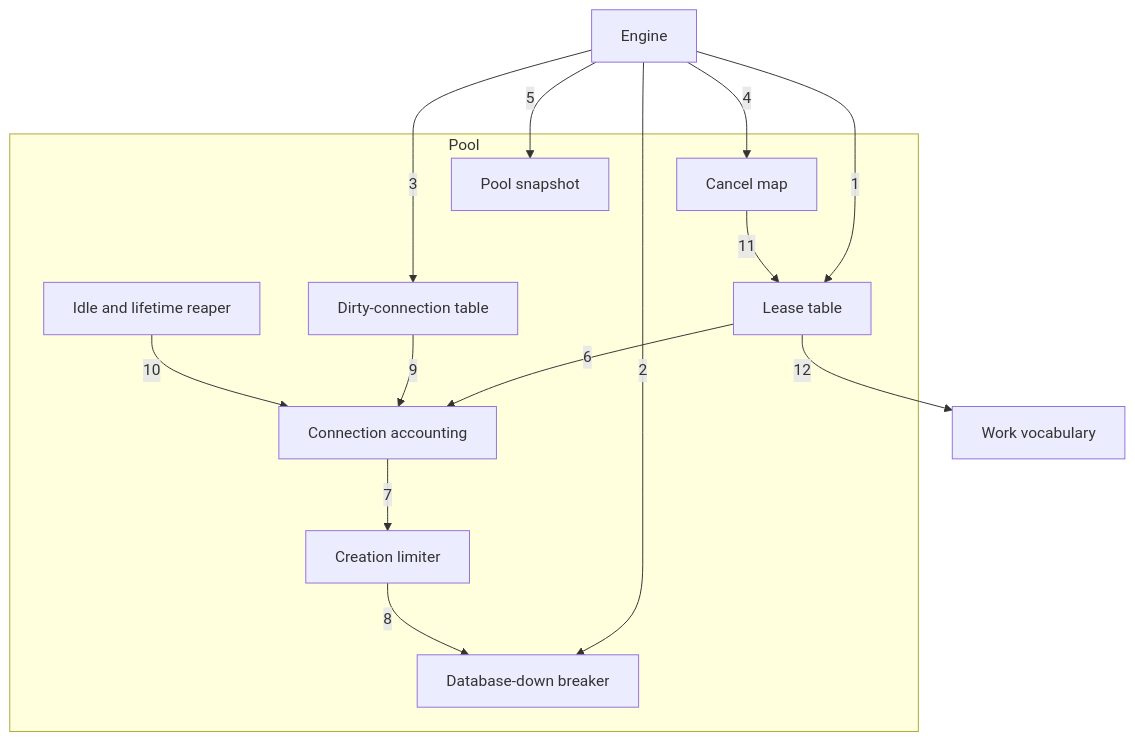
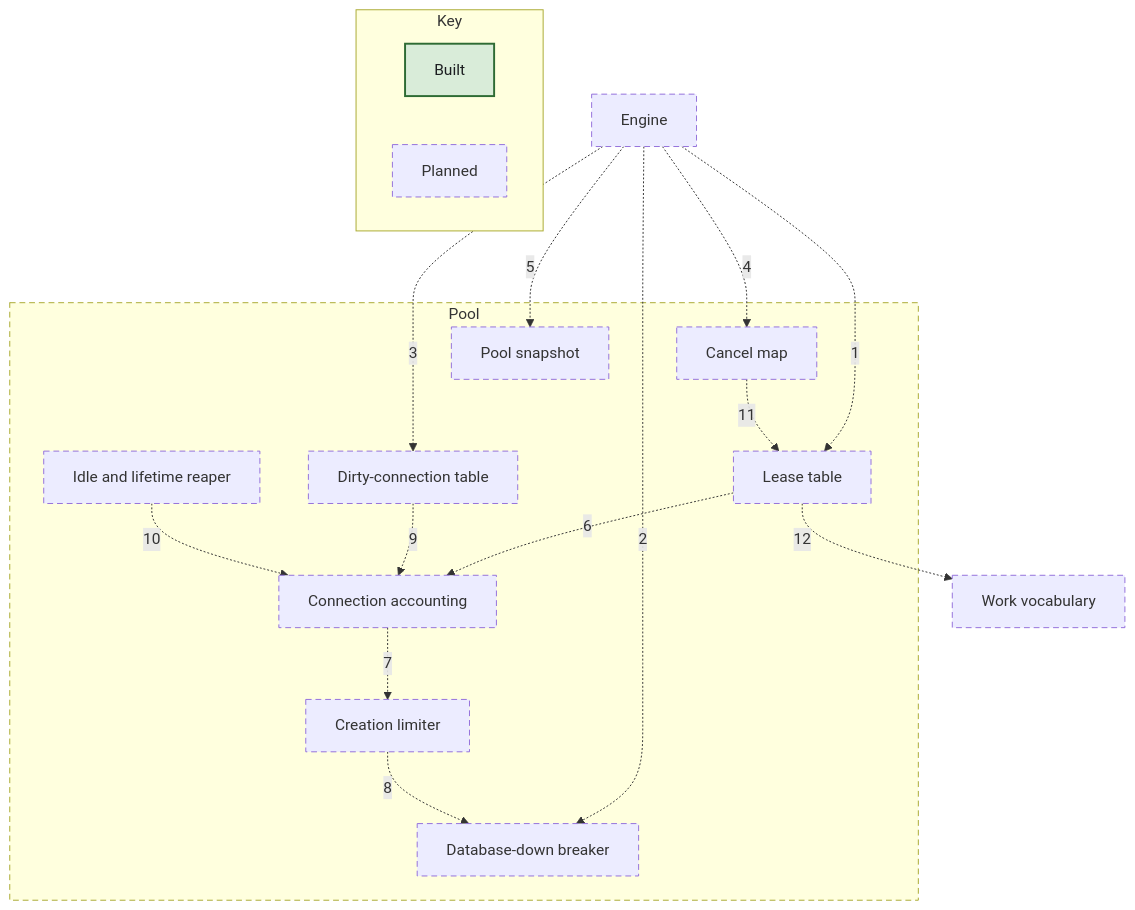
The diagram in docs/c4/diagrams/08-component-pool.mmd (nickstrad/mini-gateway), drawn with Mermaid before and after one commit. The commit also changed 28 other files, not shown here.

First line of the commit message:
c4: add the as-built table and mark what chunks 0-1 built

```diff
--- a/docs/c4/diagrams/08-component-pool.mmd
+++ b/docs/c4/diagrams/08-component-pool.mmd
@@ -1,25 +1,32 @@
 flowchart TB
-  N_ENGINE["Engine"]
-  N_WORK["Work vocabulary"]
+  N_ENGINE["Engine"]:::planned
+  N_WORK["Work vocabulary"]:::planned
   subgraph SCOPE["Pool"]
-    P_ACCT["Connection accounting"]
-    P_CREATE["Creation limiter"]
-    P_LEASE["Lease table"]
-    P_BREAKER["Database-down breaker"]
-    P_DIRTY["Dirty-connection table"]
-    P_REAPER["Idle and lifetime reaper"]
-    P_CANCEL["Cancel map"]
-    P_SNAP["Pool snapshot"]
+    P_ACCT["Connection accounting"]:::planned
+    P_CREATE["Creation limiter"]:::planned
+    P_LEASE["Lease table"]:::planned
+    P_BREAKER["Database-down breaker"]:::planned
+    P_DIRTY["Dirty-connection table"]:::planned
+    P_REAPER["Idle and lifetime reaper"]:::planned
+    P_CANCEL["Cancel map"]:::planned
+    P_SNAP["Pool snapshot"]:::planned
   end
-  N_ENGINE -->|1| P_LEASE
-  N_ENGINE -->|2| P_BREAKER
-  N_ENGINE -->|3| P_DIRTY
-  N_ENGINE -->|4| P_CANCEL
-  N_ENGINE -->|5| P_SNAP
-  P_LEASE -->|6| P_ACCT
-  P_ACCT -->|7| P_CREATE
-  P_CREATE -->|8| P_BREAKER
-  P_DIRTY -->|9| P_ACCT
-  P_REAPER -->|10| P_ACCT
-  P_CANCEL -->|11| P_LEASE
-  P_LEASE -->|12| N_WORK
+  N_ENGINE -.->|1| P_LEASE
+  N_ENGINE -.->|2| P_BREAKER
+  N_ENGINE -.->|3| P_DIRTY
+  N_ENGINE -.->|4| P_CANCEL
+  N_ENGINE -.->|5| P_SNAP
+  P_LEASE -.->|6| P_ACCT
+  P_ACCT -.->|7| P_CREATE
+  P_CREATE -.->|8| P_BREAKER
+  P_DIRTY -.->|9| P_ACCT
+  P_REAPER -.->|10| P_ACCT
+  P_CANCEL -.->|11| P_LEASE
+  P_LEASE -.->|12| N_WORK
+  subgraph KEY["Key"]
+    KEY_BUILT["Built"]:::built
+    KEY_PLANNED["Planned"]:::planned
+  end
+  classDef built fill:#d9ecd9,stroke:#2e6b34,stroke-width:2px,color:#1c1e21
+  classDef planned stroke-width:1px,stroke-dasharray:6 4
+  style SCOPE stroke-dasharray:6 4
```
